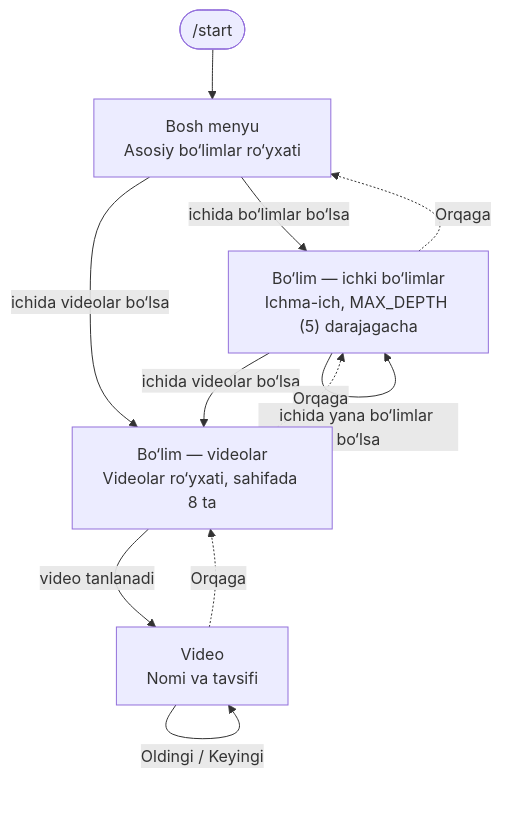
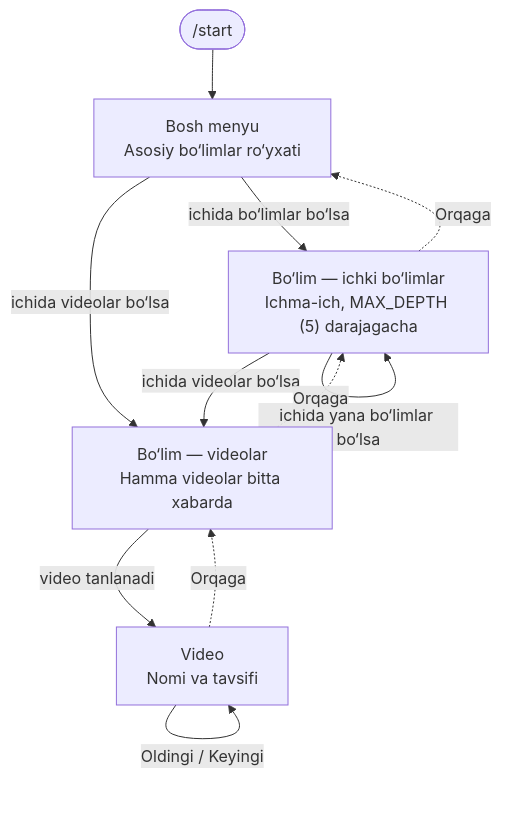
One commit to jsaydullayev/CLOPOS-bot changed the diagram in TZ.md. Above: the diagram before and after it, drawn with Mermaid. The commit also changed other lines of this file and 42 other files, not shown here.

First line of the commit message:
Murojaatlar tizimi, telefon raqami, videolar bitta kartada

````diff
--- a/TZ.md
+++ b/TZ.md
@@ -57,13 +57,13 @@
 ```mermaid
 flowchart TD
     S(["/start"]) --> M["Bosh menyu<br/>Asosiy bo‘limlar ro‘yxati"]
     M -->|"ichida bo‘limlar bo‘lsa"| B["Bo‘lim — ichki bo‘limlar<br/>Ichma-ich, MAX_DEPTH (5) darajagacha"]
     B -->|"ichida yana bo‘limlar bo‘lsa"| B
-    M -->|"ichida videolar bo‘lsa"| L["Bo‘lim — videolar<br/>Videolar ro‘yxati, sahifada 8 ta"]
+    M -->|"ichida videolar bo‘lsa"| L["Bo‘lim — videolar<br/>Hamma videolar bitta xabarda"]
     B -->|"ichida videolar bo‘lsa"| L
     L -->|"video tanlanadi"| V["Video<br/>Nomi va tavsifi"]
     V -->|"Oldingi / Keyingi"| V
     V -.->|"Orqaga"| L
     L -.->|"Orqaga"| B
     B -.->|"Orqaga"| M
 ```
````
